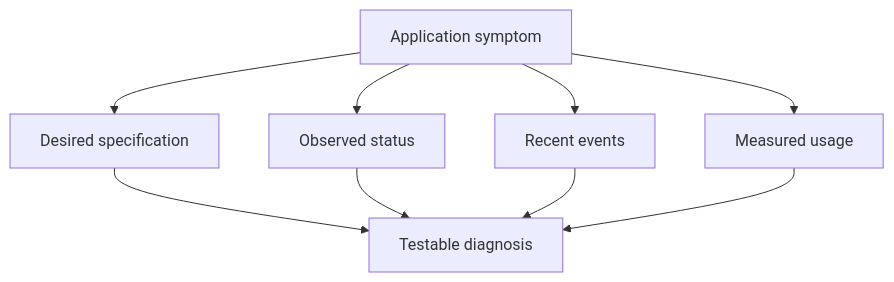
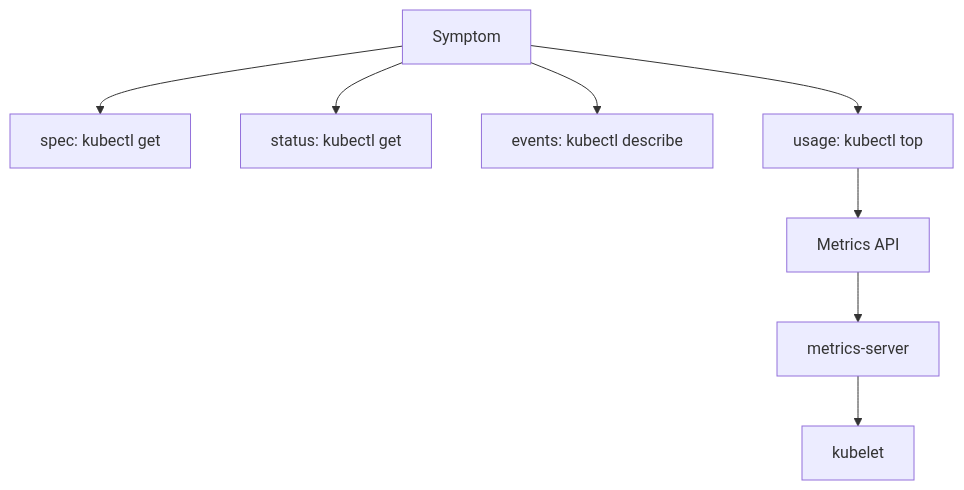
The diagram in sections/section-030/module-01/course-01-choosing-diagnostic-evidence-with-kubectl.md (astrona-io/ATS023), drawn with Mermaid before and after one commit. The commit also changed other lines of this file and 408 other files, not shown here.

````diff
--- a/sections/section-030/module-01/course-01-choosing-diagnostic-evidence-with-kubectl.md
+++ b/sections/section-030/module-01/course-01-choosing-diagnostic-evidence-with-kubectl.md
@@ -62,11 +59,10 @@
 ```mermaid
 flowchart TB
-    S["Application symptom"] --> D["Desired specification"]
-    S --> O["Observed status"]
-    S --> E["Recent events"]
-    S --> M["Measured usage"]
-    D --> H["Testable diagnosis"]
-    O --> H
-    E --> H
-    M --> H
+    A["Symptom"] --> B["spec: kubectl get"]
+    A --> C["status: kubectl get"]
+    A --> D["events: kubectl describe"]
+    A --> E["usage: kubectl top"]
+    E --> F["Metrics API"]
+    F --> G["metrics-server"]
+    G --> H["kubelet"]
 ```
````
